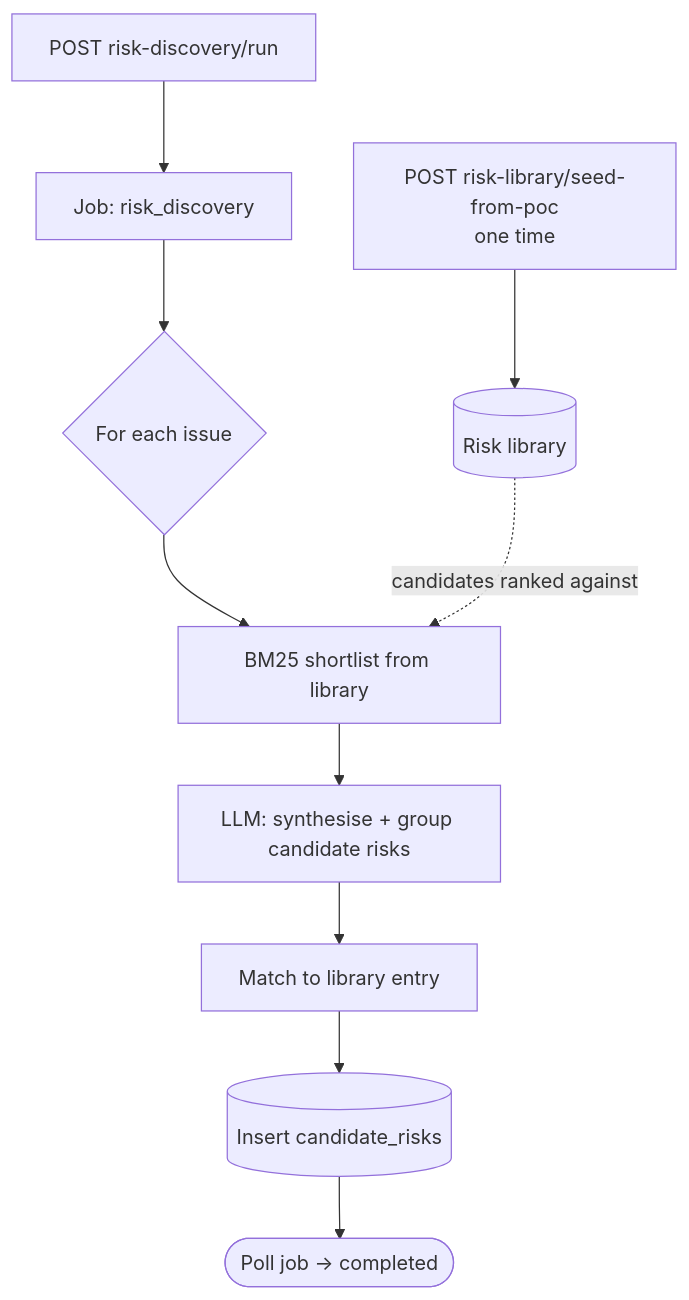
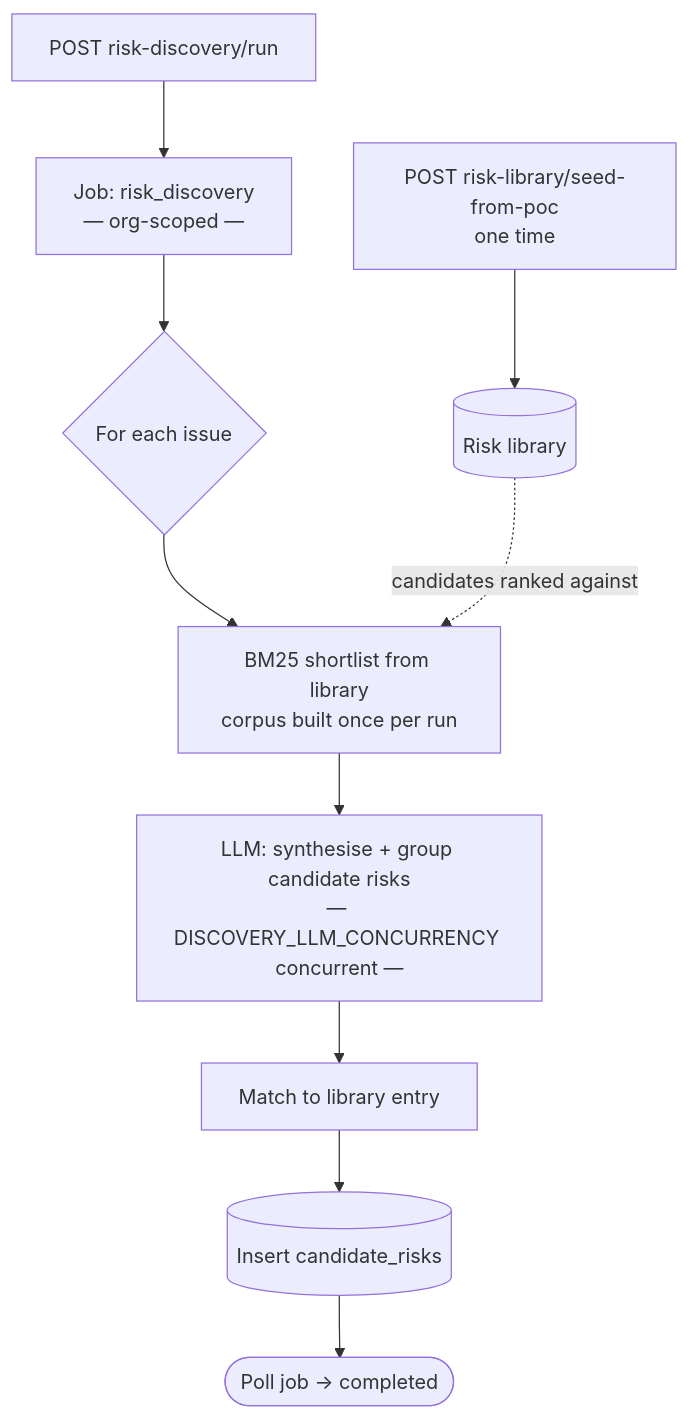
The diagram in mint-docs/flow/06-risk-discovery.mdx (Rajman1221/iso-robot), drawn with Mermaid before and after one commit. The commit also changed other lines of this file and 11 other files, not shown here.

````diff
--- a/mint-docs/flow/06-risk-discovery.mdx
+++ b/mint-docs/flow/06-risk-discovery.mdx
@@ -43,12 +46,12 @@
 ```mermaid
 flowchart TD
     A[POST risk-library/seed-from-poc<br/>one time] --> B[(Risk library)]
-    C[POST risk-discovery/run] --> D[Job: risk_discovery]
+    C[POST risk-discovery/run] --> D[Job: risk_discovery<br/>— org-scoped —]
     D --> E{For each issue}
-    E --> F[BM25 shortlist from library]
-    F --> G[LLM: synthesise + group candidate risks]
+    E --> F[BM25 shortlist from library<br/>corpus built once per run]
+    F --> G[LLM: synthesise + group candidate risks<br/>— DISCOVERY_LLM_CONCURRENCY concurrent —]
     G --> H[Match to library entry]
     B -.candidates ranked against.-> F
     H --> I[(Insert candidate_risks)]
     I --> J([Poll job → completed])
 ```
````
